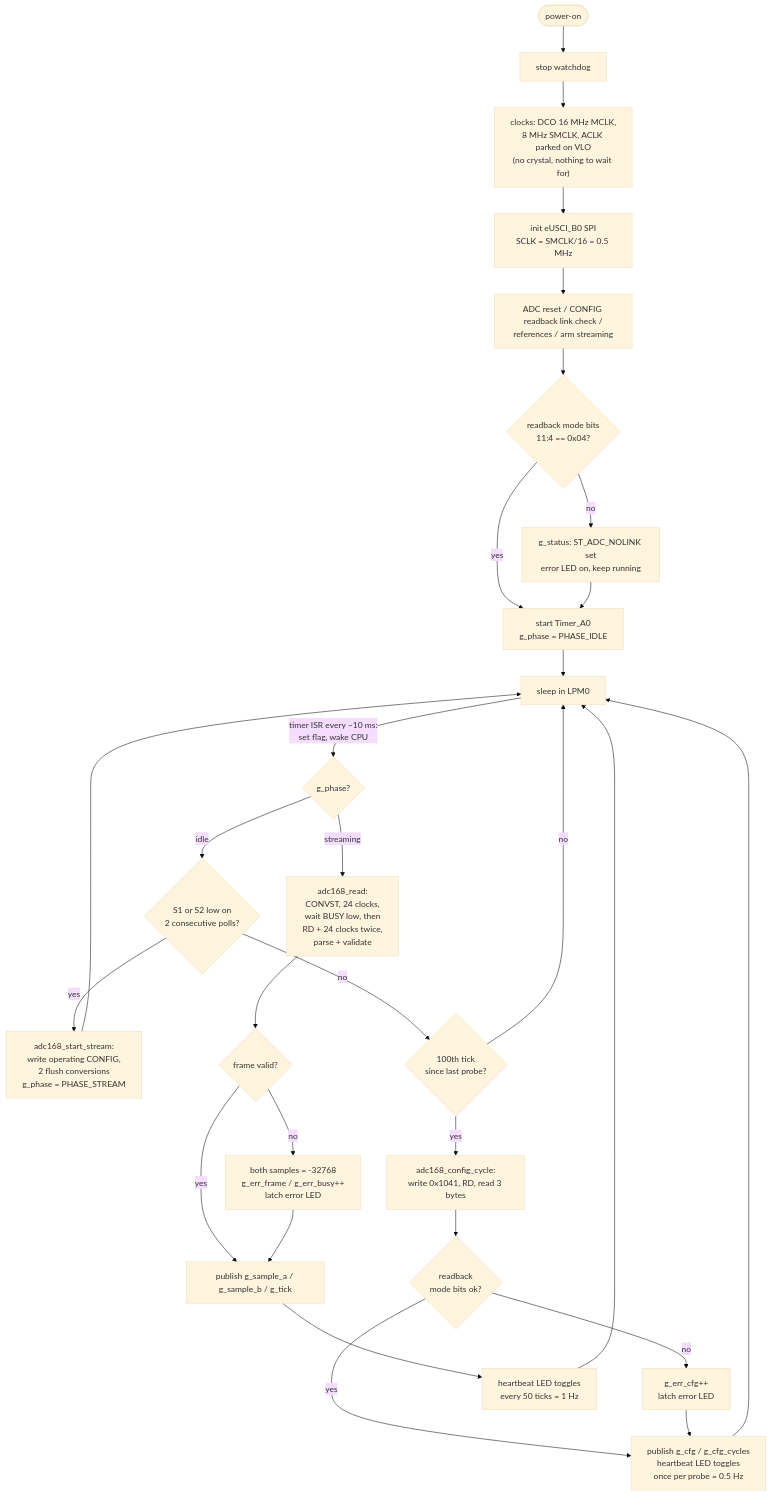
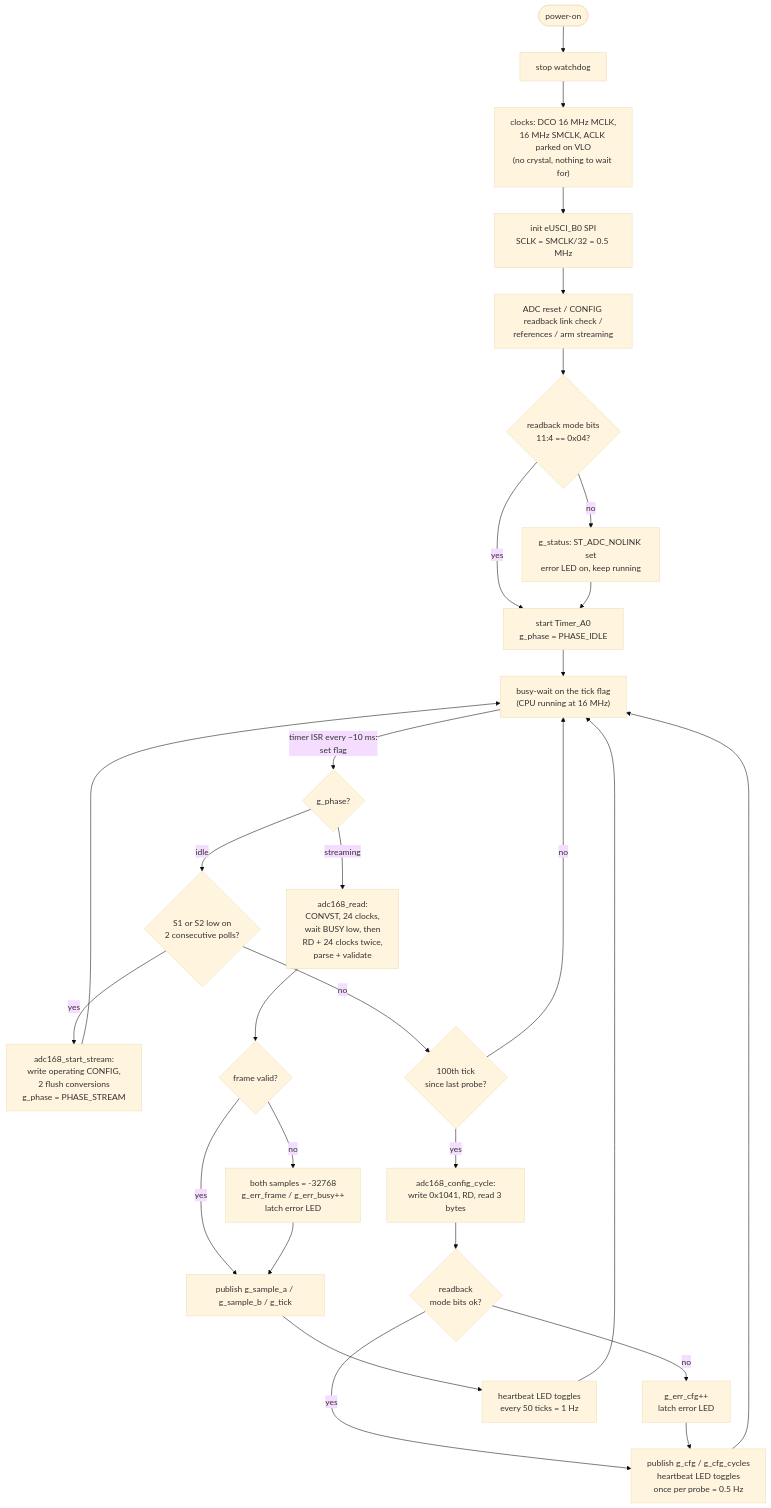
Before and after one commit to S-OConnor/MSP430_TestRepo: the third of 13 diagrams in docs/DESIGN.md, drawn with Mermaid (base theme). The commit also changed other lines of this file and 9 other files, not shown here.

````diff
--- a/docs/DESIGN.md
+++ b/docs/DESIGN.md
@@ -193,28 +193,28 @@
 ```mermaid
 flowchart TD
     PO([power-on]) --> WDT["stop watchdog"]
-    WDT --> CLK["clocks: DCO 16 MHz MCLK,<br/>8 MHz SMCLK, ACLK parked on VLO<br/>(no crystal, nothing to wait for)"]
+    WDT --> CLK["clocks: DCO 16 MHz MCLK,<br/>16 MHz SMCLK, ACLK parked on VLO<br/>(no crystal, nothing to wait for)"]
     CLK --> SPI
-    SPI["init eUSCI_B0 SPI<br/>SCLK = SMCLK/16 = 0.5 MHz"] --> AINIT["ADC reset / CONFIG readback link check /<br/>references / arm streaming"]
+    SPI["init eUSCI_B0 SPI<br/>SCLK = SMCLK/32 = 0.5 MHz"] --> AINIT["ADC reset / CONFIG readback link check /<br/>references / arm streaming"]
     AINIT --> OK{"readback mode bits<br/>11:4 == 0x04?"}
     OK -->|yes| T0
     OK -->|no| NOLINK["g_status: ST_ADC_NOLINK set<br/>error LED on, keep running"] --> T0
-    T0["start Timer_A0<br/>g_phase = PHASE_IDLE"] --> SLEEP
+    T0["start Timer_A0<br/>g_phase = PHASE_IDLE"] --> WAIT
 
-    SLEEP["sleep in LPM0"] -->|"timer ISR every ~10 ms:<br/>set flag, wake CPU"| PHASE{"g_phase?"}
+    WAIT["busy-wait on the tick flag<br/>(CPU running at 16 MHz)"] -->|"timer ISR every ~10 ms:<br/>set flag"| PHASE{"g_phase?"}
 
     PHASE -->|idle| BTN{"S1 or S2 low on<br/>2 consecutive polls?"}
-    BTN -->|yes| ARM["adc168_start_stream:<br/>write operating CONFIG,<br/>2 flush conversions<br/>g_phase = PHASE_STREAM"] --> SLEEP
+    BTN -->|yes| ARM["adc168_start_stream:<br/>write operating CONFIG,<br/>2 flush conversions<br/>g_phase = PHASE_STREAM"] --> WAIT
     BTN -->|no| NTH{"100th tick<br/>since last probe?"}
-    NTH -->|no| SLEEP
+    NTH -->|no| WAIT
     NTH -->|yes| PROBE["adc168_config_cycle:<br/>write 0x1041, RD, read 3 bytes"] --> CFGOK{"readback<br/>mode bits ok?"}
     CFGOK -->|yes| IDLED
     CFGOK -->|no| CFGERR["g_err_cfg++<br/>latch error LED"] --> IDLED
-    IDLED["publish g_cfg / g_cfg_cycles<br/>heartbeat LED toggles<br/>once per probe = 0.5 Hz"] --> SLEEP
+    IDLED["publish g_cfg / g_cfg_cycles<br/>heartbeat LED toggles<br/>once per probe = 0.5 Hz"] --> WAIT
 
     PHASE -->|streaming| READ["adc168_read:<br/>CONVST, 24 clocks,<br/>wait BUSY low, then<br/>RD + 24 clocks twice,<br/>parse + validate"]
     READ --> VALID{"frame valid?"}
     VALID -->|yes| PUB["publish g_sample_a / g_sample_b / g_tick"]
     VALID -->|no| ERR["both samples = -32768<br/>g_err_frame / g_err_busy++<br/>latch error LED"] --> PUB
-    PUB --> LEDS["heartbeat LED toggles<br/>every 50 ticks = 1 Hz"] --> SLEEP
+    PUB --> LEDS["heartbeat LED toggles<br/>every 50 ticks = 1 Hz"] --> WAIT
 ```
````
